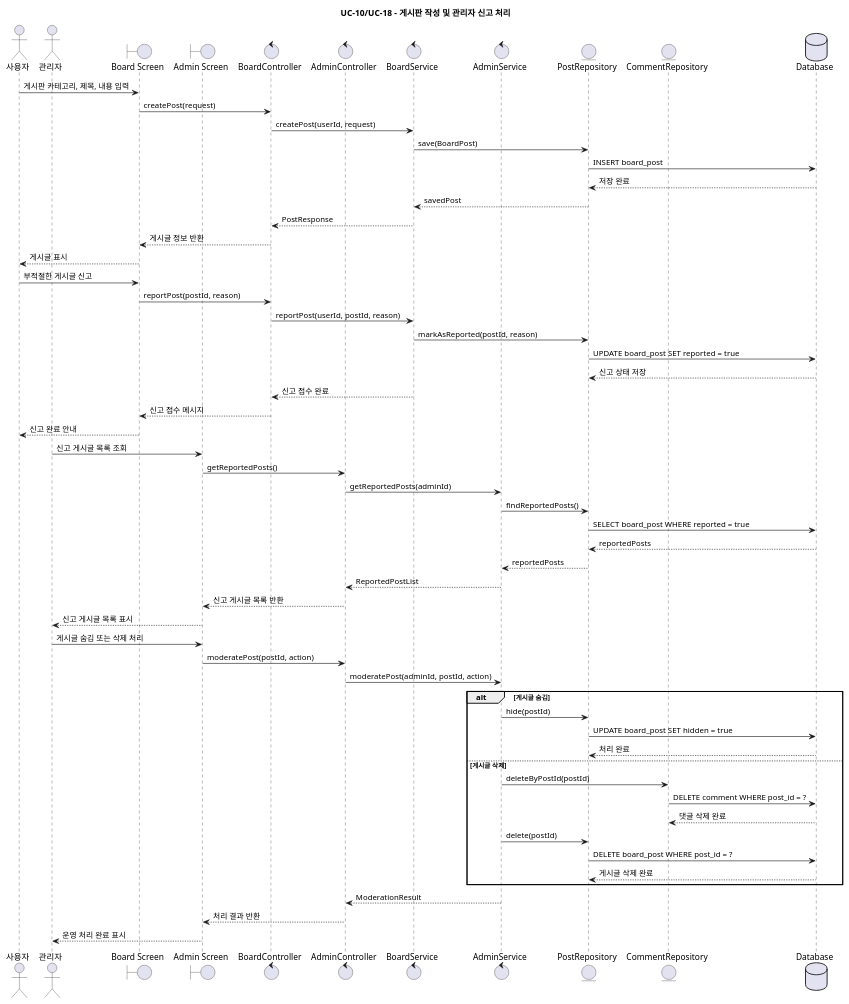
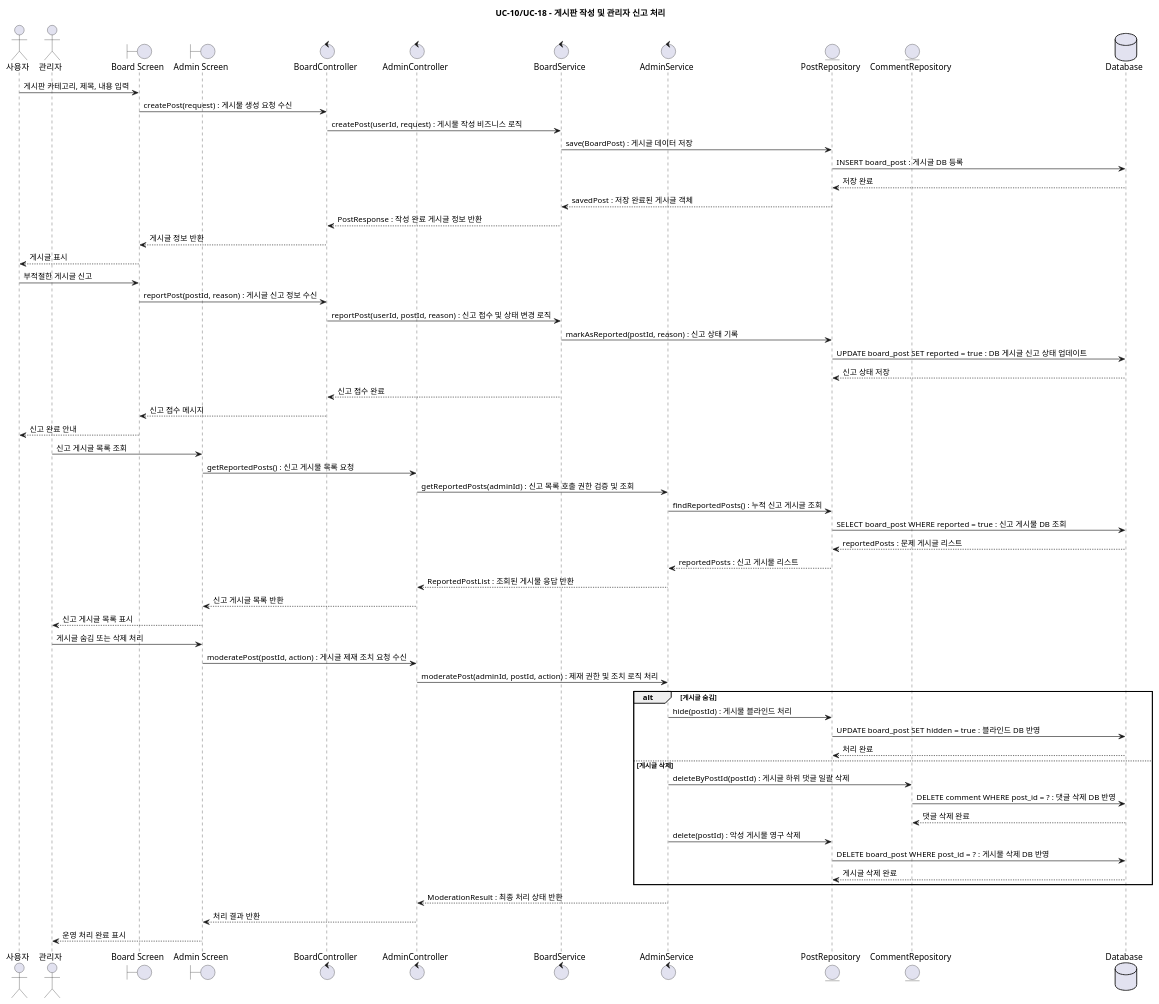
Before and after one commit to jeongiryang/SoftwareEngineering_team15_project_-Smart-Edu-Platform: the seventh of 15 diagrams in docs/design/plantuml/sequence-diagrams.puml, drawn with PlantUML. The commit also changed other lines of this file and 18 other files, not shown here.

```diff
--- a/docs/design/plantuml/sequence-diagrams.puml
+++ b/docs/design/plantuml/sequence-diagrams.puml
@@ -240,69 +240,69 @@
 @startuml UC10-18_BoardAndAdmin
 title UC-10/UC-18 - 게시판 작성 및 관리자 신고 처리
 
 actor "사용자" as User
 actor "관리자" as Admin
 boundary "Board Screen" as BoardUI
 boundary "Admin Screen" as AdminUI
 control "BoardController" as BoardController
 control "AdminController" as AdminController
 control "BoardService" as BoardService
 control "AdminService" as AdminService
 entity "PostRepository" as PostRepository
 entity "CommentRepository" as CommentRepository
 database "Database" as DB
 
 User -> BoardUI: 게시판 카테고리, 제목, 내용 입력
-BoardUI -> BoardController: createPost(request)
-BoardController -> BoardService: createPost(userId, request)
-BoardService -> PostRepository: save(BoardPost)
-PostRepository -> DB: INSERT board_post
+BoardUI -> BoardController: createPost(request) : 게시물 생성 요청 수신
+BoardController -> BoardService: createPost(userId, request) : 게시물 작성 비즈니스 로직
+BoardService -> PostRepository: save(BoardPost) : 게시글 데이터 저장
+PostRepository -> DB: INSERT board_post : 게시글 DB 등록
 DB --> PostRepository: 저장 완료
-PostRepository --> BoardService: savedPost
-BoardService --> BoardController: PostResponse
+PostRepository --> BoardService: savedPost : 저장 완료된 게시글 객체
+BoardService --> BoardController: PostResponse : 작성 완료 게시글 정보 반환
 BoardController --> BoardUI: 게시글 정보 반환
 BoardUI --> User: 게시글 표시
 
 User -> BoardUI: 부적절한 게시글 신고
-BoardUI -> BoardController: reportPost(postId, reason)
-BoardController -> BoardService: reportPost(userId, postId, reason)
-BoardService -> PostRepository: markAsReported(postId, reason)
-PostRepository -> DB: UPDATE board_post SET reported = true
+BoardUI -> BoardController: reportPost(postId, reason) : 게시글 신고 정보 수신
+BoardController -> BoardService: reportPost(userId, postId, reason) : 신고 접수 및 상태 변경 로직
+BoardService -> PostRepository: markAsReported(postId, reason) : 신고 상태 기록
+PostRepository -> DB: UPDATE board_post SET reported = true : DB 게시글 신고 상태 업데이트
 DB --> PostRepository: 신고 상태 저장
 BoardService --> BoardController: 신고 접수 완료
 BoardController --> BoardUI: 신고 접수 메시지
 BoardUI --> User: 신고 완료 안내
 
 Admin -> AdminUI: 신고 게시글 목록 조회
-AdminUI -> AdminController: getReportedPosts()
-AdminController -> AdminService: getReportedPosts(adminId)
-AdminService -> PostRepository: findReportedPosts()
-PostRepository -> DB: SELECT board_post WHERE reported = true
-DB --> PostRepository: reportedPosts
-PostRepository --> AdminService: reportedPosts
-AdminService --> AdminController: ReportedPostList
+AdminUI -> AdminController: getReportedPosts() : 신고 게시물 목록 요청
+AdminController -> AdminService: getReportedPosts(adminId) : 신고 목록 호출 권한 검증 및 조회
+AdminService -> PostRepository: findReportedPosts() : 누적 신고 게시글 조회
+PostRepository -> DB: SELECT board_post WHERE reported = true : 신고 게시물 DB 조회
+DB --> PostRepository: reportedPosts : 문제 게시글 리스트
+PostRepository --> AdminService: reportedPosts : 신고 게시물 리스트
+AdminService --> AdminController: ReportedPostList : 조회된 게시물 응답 반환
 AdminController --> AdminUI: 신고 게시글 목록 반환
 AdminUI --> Admin: 신고 게시글 목록 표시
 
 Admin -> AdminUI: 게시글 숨김 또는 삭제 처리
-AdminUI -> AdminController: moderatePost(postId, action)
-AdminController -> AdminService: moderatePost(adminId, postId, action)
+AdminUI -> AdminController: moderatePost(postId, action) : 게시글 제재 조치 요청 수신
+AdminController -> AdminService: moderatePost(adminId, postId, action) : 제재 권한 및 조치 로직 처리
 
 alt 게시글 숨김
-  AdminService -> PostRepository: hide(postId)
-  PostRepository -> DB: UPDATE board_post SET hidden = true
+  AdminService -> PostRepository: hide(postId) : 게시물 블라인드 처리
+  PostRepository -> DB: UPDATE board_post SET hidden = true : 블라인드 DB 반영
   DB --> PostRepository: 처리 완료
 else 게시글 삭제
-  AdminService -> CommentRepository: deleteByPostId(postId)
-  CommentRepository -> DB: DELETE comment WHERE post_id = ?
+  AdminService -> CommentRepository: deleteByPostId(postId) : 게시글 하위 댓글 일괄 삭제
+  CommentRepository -> DB: DELETE comment WHERE post_id = ? : 댓글 삭제 DB 반영
   DB --> CommentRepository: 댓글 삭제 완료
-  AdminService -> PostRepository: delete(postId)
-  PostRepository -> DB: DELETE board_post WHERE post_id = ?
+  AdminService -> PostRepository: delete(postId) : 악성 게시물 영구 삭제
+  PostRepository -> DB: DELETE board_post WHERE post_id = ? : 게시물 삭제 DB 반영
   DB --> PostRepository: 게시글 삭제 완료
 end
 
-AdminService --> AdminController: ModerationResult
+AdminService --> AdminController: ModerationResult : 최종 처리 상태 반환
 AdminController --> AdminUI: 처리 결과 반환
 AdminUI --> Admin: 운영 처리 완료 표시
 
 @enduml
```
